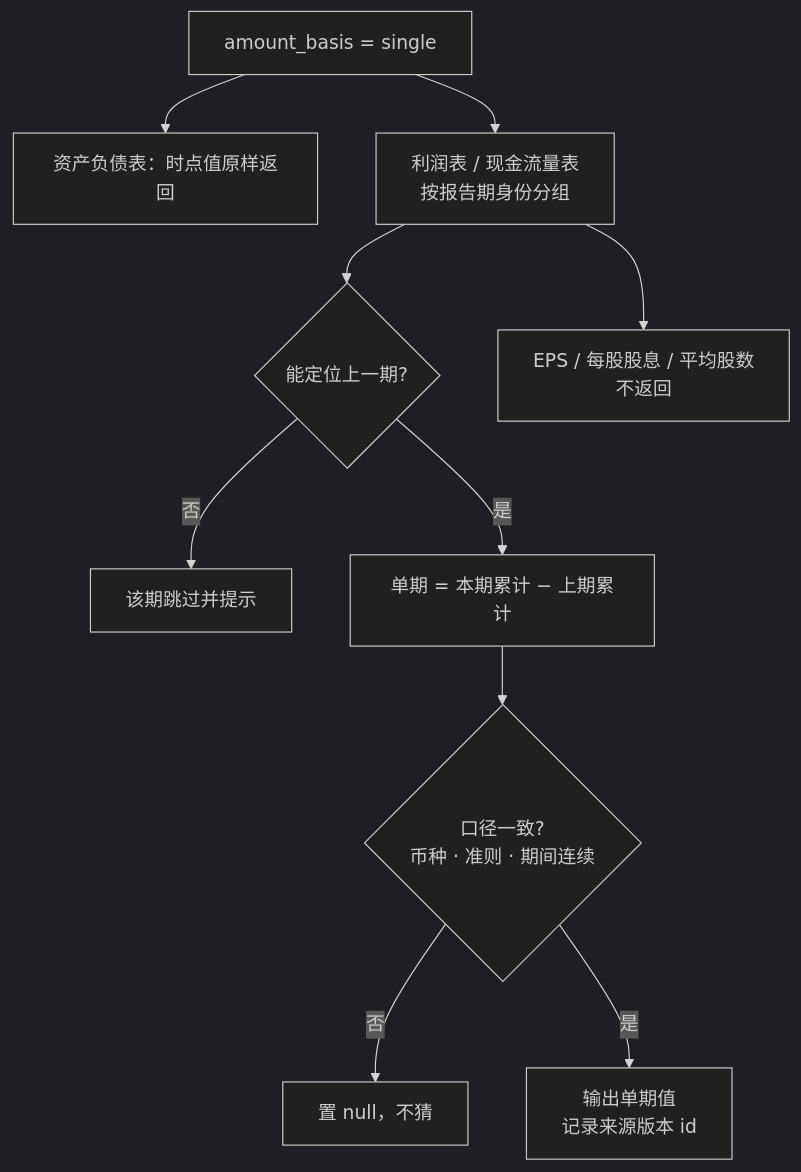
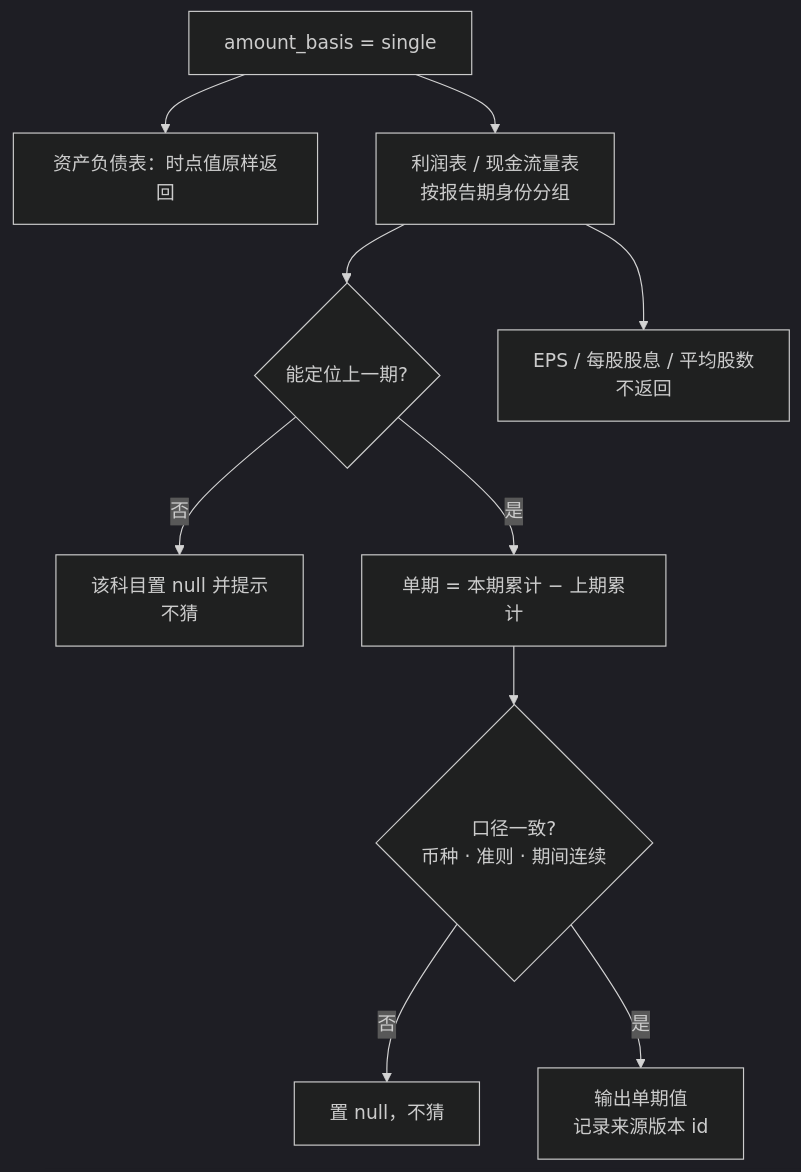
Before and after one commit to alone-tree/Ashare-announcements-MCP: the diagram in docs/assets/src/financial-single.mmd, drawn with Mermaid (dark theme). The commit also changed 12 other files, not shown here.

Commit message:
文档审计修正：清失效章节引用，利润表定稿83项（信息行归meta），惰性拉取标待实现，三图重画

```diff
--- a/docs/assets/src/financial-single.mmd
+++ b/docs/assets/src/financial-single.mmd
@@ -1,10 +1,10 @@
 flowchart TD
     A["amount_basis = single"] --> B["资产负债表：时点值原样返回"]
     A --> C["利润表 / 现金流量表<br/>按报告期身份分组"]
     C --> D{"能定位上一期?"}
-    D -- 否 --> E["该期跳过并提示"]
+    D -- 否 --> E["该科目置 null 并提示<br/>不猜"]
     D -- 是 --> F["单期 = 本期累计 − 上期累计"]
     F --> G{"口径一致?<br/>币种 · 准则 · 期间连续"}
     G -- 否 --> H["置 null，不猜"]
     G -- 是 --> I["输出单期值<br/>记录来源版本 id"]
     C --> J["EPS / 每股股息 / 平均股数<br/>不返回"]
```
